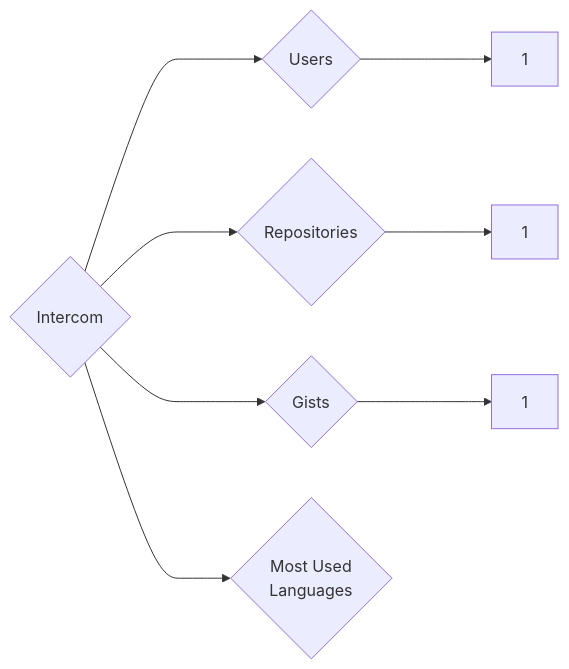
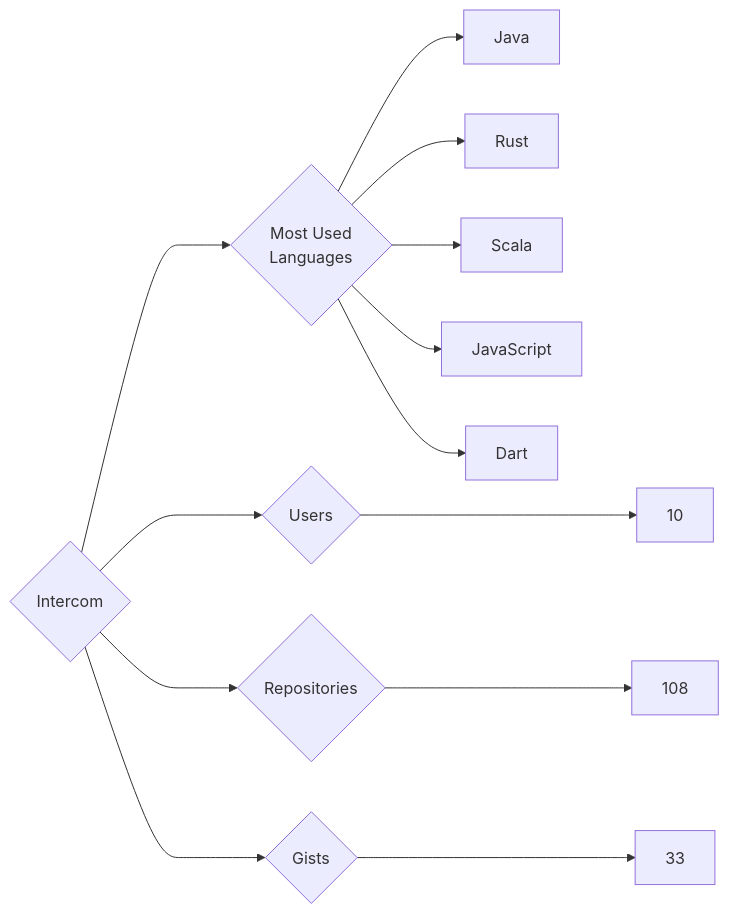
The diagram in targets/Intercom/README.md (trickest/insiders), drawn with Mermaid before and after one commit. The commit also changed 1166 other files, not shown here.

````diff
--- a/targets/Intercom/README.md
+++ b/targets/Intercom/README.md
@@ -3,8 +3,13 @@
 ```mermaid
 graph LR
 COMPANY_NAME{Intercom}
-COMPANY_NAME ---> U{Users} ---> UN[1]
-COMPANY_NAME ---> R{Repositories} ---> RN[1]
-COMPANY_NAME ---> G{Gists} ---> GN[1]
+COMPANY_NAME ---> U{Users} ---> UN[10]
+COMPANY_NAME ---> R{Repositories} ---> RN[108]
+COMPANY_NAME ---> G{Gists} ---> GN[33]
 COMPANY_NAME ---> ML{Most Used<br>Languages}
+ML --> Java[Java]
+ML --> Rust[Rust]
+ML --> Scala[Scala]
+ML --> JavaScript[JavaScript]
+ML --> Dart[Dart]
 ```
````
